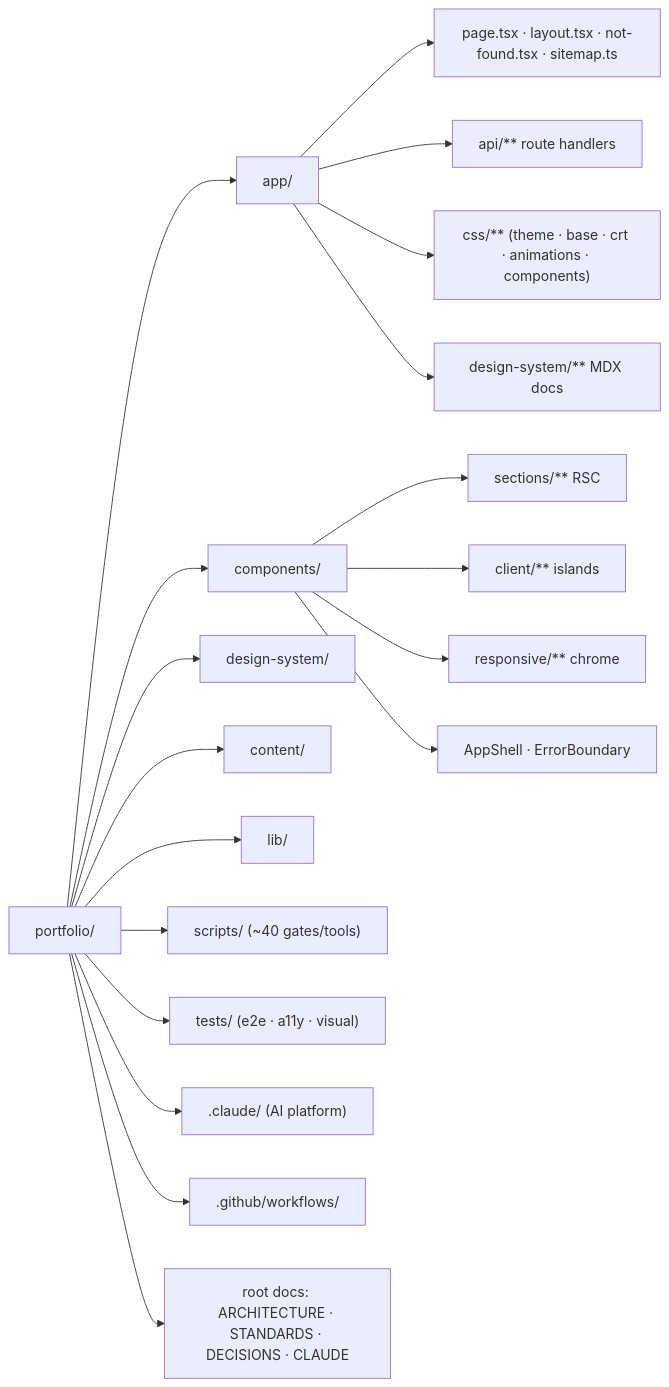
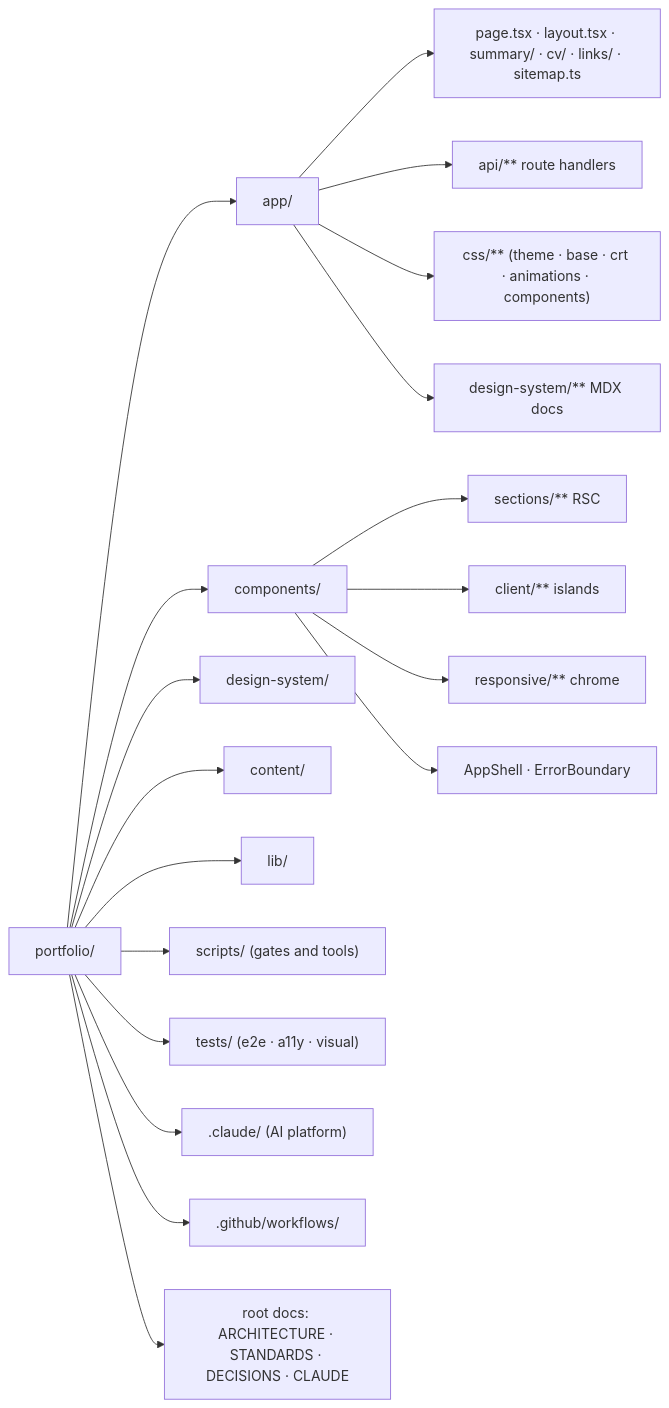
The second of 3 diagrams in docs/01-architecture.md (erikunha/portfolio), drawn with Mermaid before and after one commit. The commit also changed other lines of this file and 14 other files, not shown here.

First line of the commit message:
docs(architecture): redraw diagrams for the terminal-module homepage

````diff
--- a/docs/01-architecture.md
+++ b/docs/01-architecture.md
@@ -66,23 +70,23 @@
 ```mermaid
 flowchart LR
     root["portfolio/"]
     root --> app["app/"]
     root --> comp["components/"]
     root --> dsx["design-system/"]
     root --> cont["content/"]
     root --> lib["lib/"]
-    root --> scr["scripts/ (~40 gates/tools)"]
+    root --> scr["scripts/ (gates and tools)"]
     root --> tst["tests/ (e2e · a11y · visual)"]
     root --> cl[".claude/ (AI platform)"]
     root --> gh[".github/workflows/"]
     root --> docs["root docs: ARCHITECTURE · STANDARDS · DECISIONS · CLAUDE"]
 
-    app --> a1["page.tsx · layout.tsx · not-found.tsx · sitemap.ts"]
+    app --> a1["page.tsx · layout.tsx · summary/ · cv/ · links/ · sitemap.ts"]
     app --> a2["api/** route handlers"]
     app --> a3["css/** (theme · base · crt · animations · components)"]
     app --> a4["design-system/** MDX docs"]
     comp --> c1["sections/** RSC"]
     comp --> c2["client/** islands"]
     comp --> c3["responsive/** chrome"]
     comp --> c4["AppShell · ErrorBoundary"]
 ```
````
